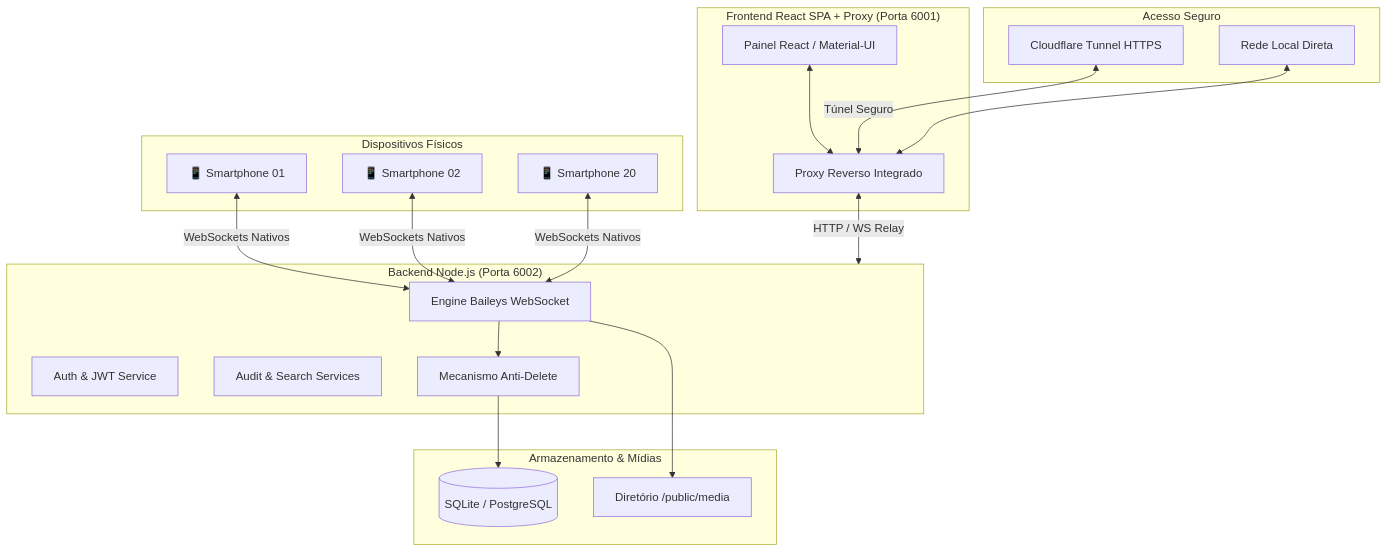
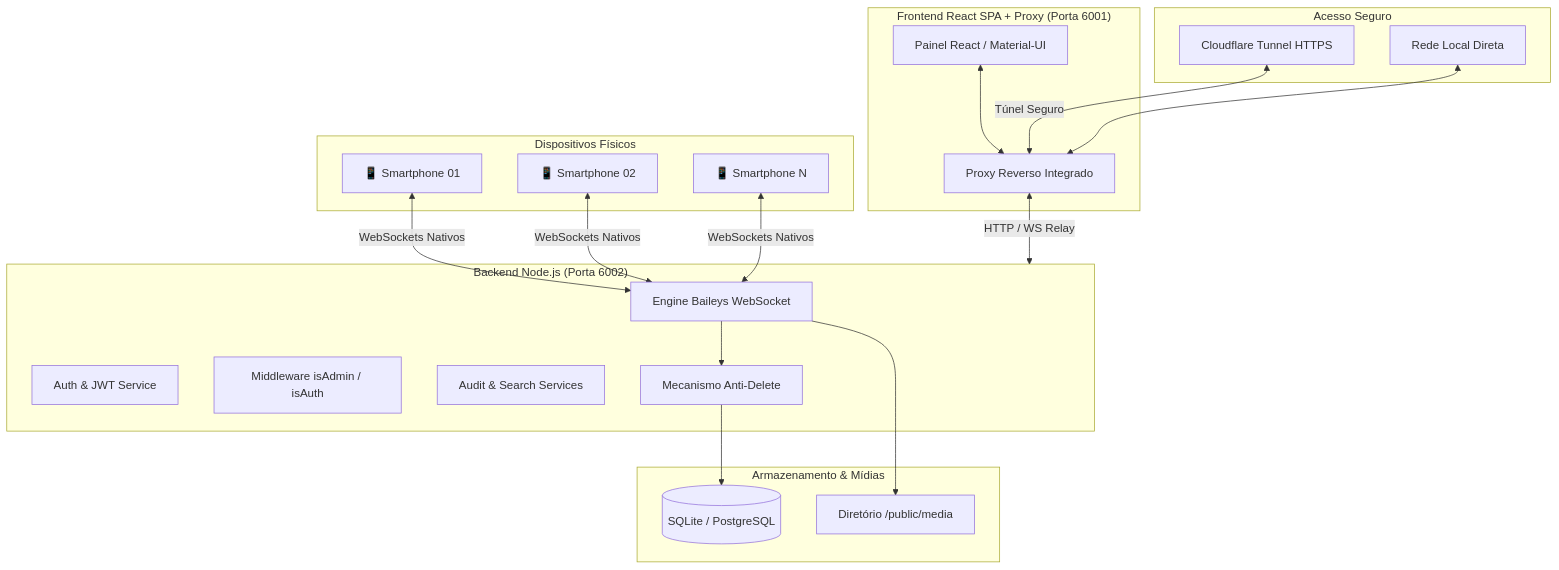
The second of 2 diagrams in README.md (vicenzzopalma/VERITAS), drawn with Mermaid before and after one commit. The commit also changed other lines of this file, not shown here.

````diff
--- a/README.md
+++ b/README.md
@@ -133,39 +130,40 @@
 ```mermaid
 flowchart TB
     subgraph WhatsApp["Dispositivos Físicos"]
         W1[📱 Smartphone 01]
         W2[📱 Smartphone 02]
-        Wn[📱 Smartphone 20]
+        Wn[📱 Smartphone N]
     end
 
     subgraph Backend["Backend Node.js (Porta 6002)"]
         BW[Engine Baileys WebSocket]
         Auth[Auth & JWT Service]
+        RBAC[Middleware isAdmin / isAuth]
         AuditSvc[Audit & Search Services]
         AntiDel[Mecanismo Anti-Delete]
     end
 
     subgraph Storage["Armazenamento & Mídias"]
         DB[(SQLite / PostgreSQL)]
         MediaFiles["Diretório /public/media"]
     end
 
     subgraph Frontend["Frontend React SPA + Proxy (Porta 6001)"]
         Proxy[Proxy Reverso Integrado]
         UI[Painel React / Material-UI]
     end
 
     subgraph Access["Acesso Seguro"]
         CF[Cloudflare Tunnel HTTPS]
         LocalNet[Rede Local Direta]
     end
 
     W1 & W2 & Wn <-->|WebSockets Nativos| BW
     BW --> AntiDel
     AntiDel --> DB
     BW --> MediaFiles
     Proxy <-->|HTTP / WS Relay| Backend
     UI <--> Proxy
     CF <-->|Túnel Seguro| Proxy
     LocalNet <--> Proxy
 ```
````
